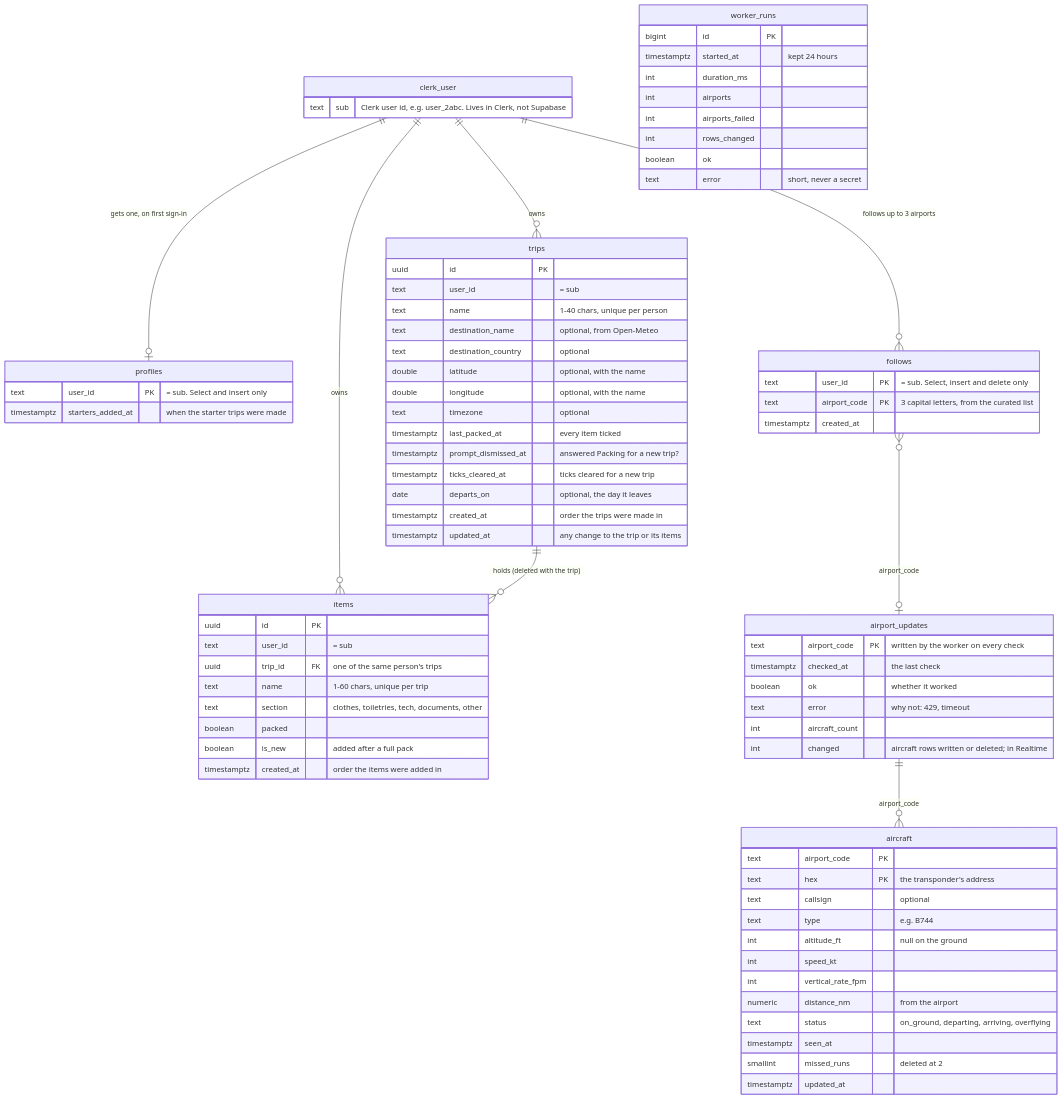
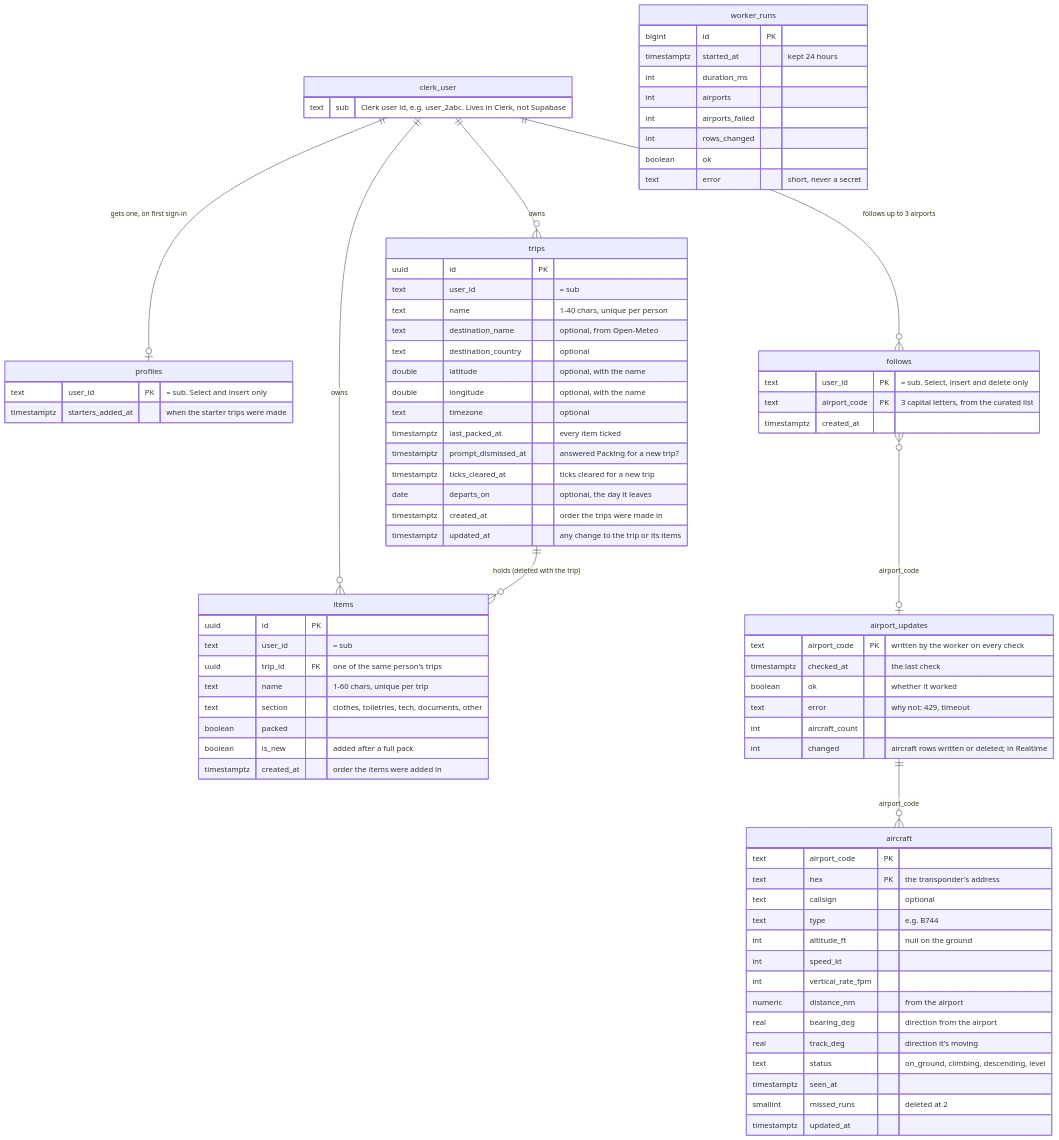
Before and after one commit to aorihuela7/design-assignment5: the diagram in docs/data-model.md, drawn with Mermaid. The commit also changed 3 other files, not shown here.

Commit message:
Update the data flow and data model to the observed statuses and the radar's angles, with screenshots

```diff
--- a/docs/data-model.md
+++ b/docs/data-model.md
@@ -73,7 +73,9 @@
     int speed_kt
     int vertical_rate_fpm
     numeric distance_nm "from the airport"
-    text status "on_ground, departing, arriving, overflying"
+    real bearing_deg "direction from the airport"
+    real track_deg "direction it's moving"
+    text status "on_ground, climbing, descending, level"
     timestamptz seen_at
     smallint missed_runs "deleted at 2"
     timestamptz updated_at
```
